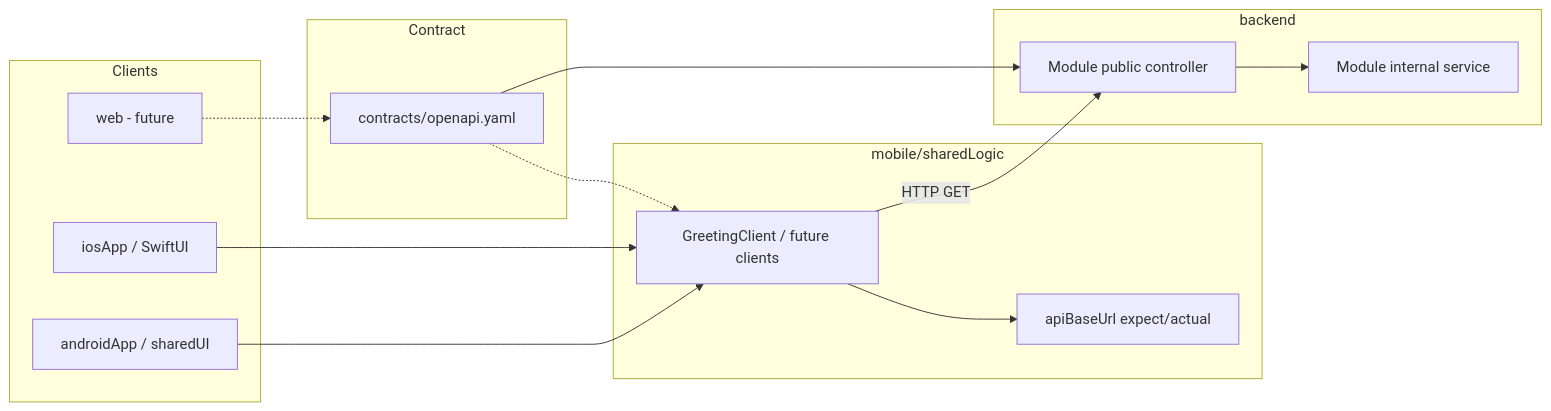
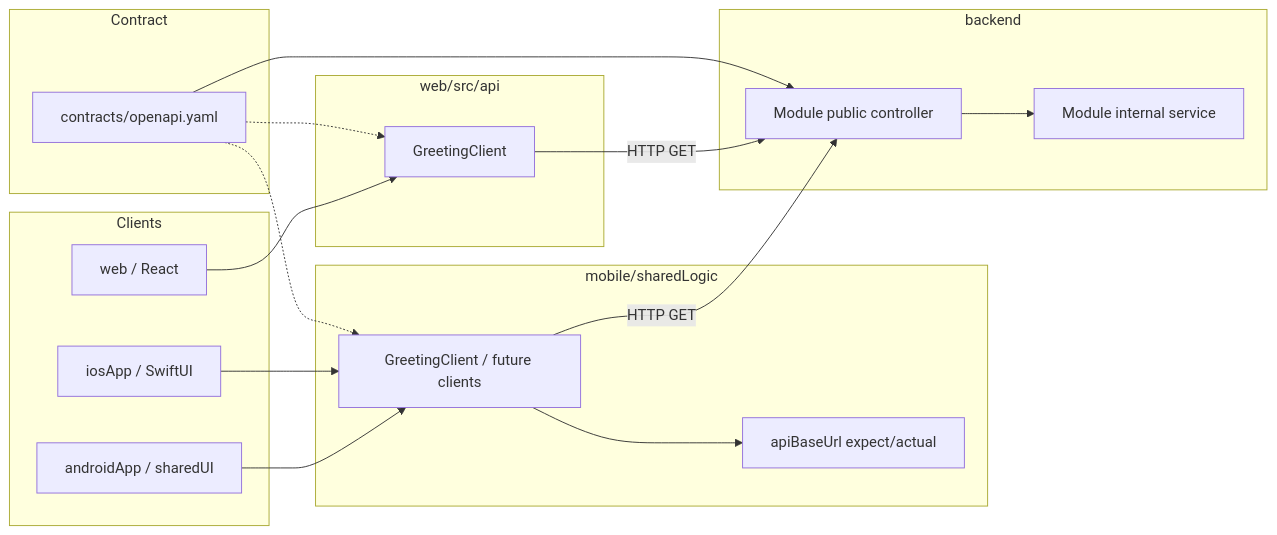
The diagram in docs/architecture.md (mccajr2/quickapp), drawn with Mermaid before and after one commit. The commit also changed other lines of this file and 4 other files, not shown here.

````diff
--- a/docs/architecture.md
+++ b/docs/architecture.md
@@ -87,31 +90,37 @@
 ```mermaid
 flowchart LR
     subgraph clients [Clients]
         Android[androidApp / sharedUI]
         iOS[iosApp / SwiftUI]
-        Web[web - future]
+        Web[web / React]
     end
 
     subgraph mobile [mobile/sharedLogic]
         Client[GreetingClient / future clients]
         ApiConfig[apiBaseUrl expect/actual]
+    end
+
+    subgraph webApp [web/src/api]
+        WebClient[GreetingClient]
     end
 
     subgraph contract [Contract]
         OpenAPI[contracts/openapi.yaml]
     end
 
     subgraph backend [backend]
         Controller[Module public controller]
         Service[Module internal service]
     end
 
     Android --> Client
     iOS --> Client
-    Web -.-> OpenAPI
+    Web --> WebClient
     Client --> ApiConfig
     Client -->|HTTP GET| Controller
+    WebClient -->|HTTP GET| Controller
     OpenAPI --> Controller
     OpenAPI -.-> Client
+    OpenAPI -.-> WebClient
     Controller --> Service
 ```
````
